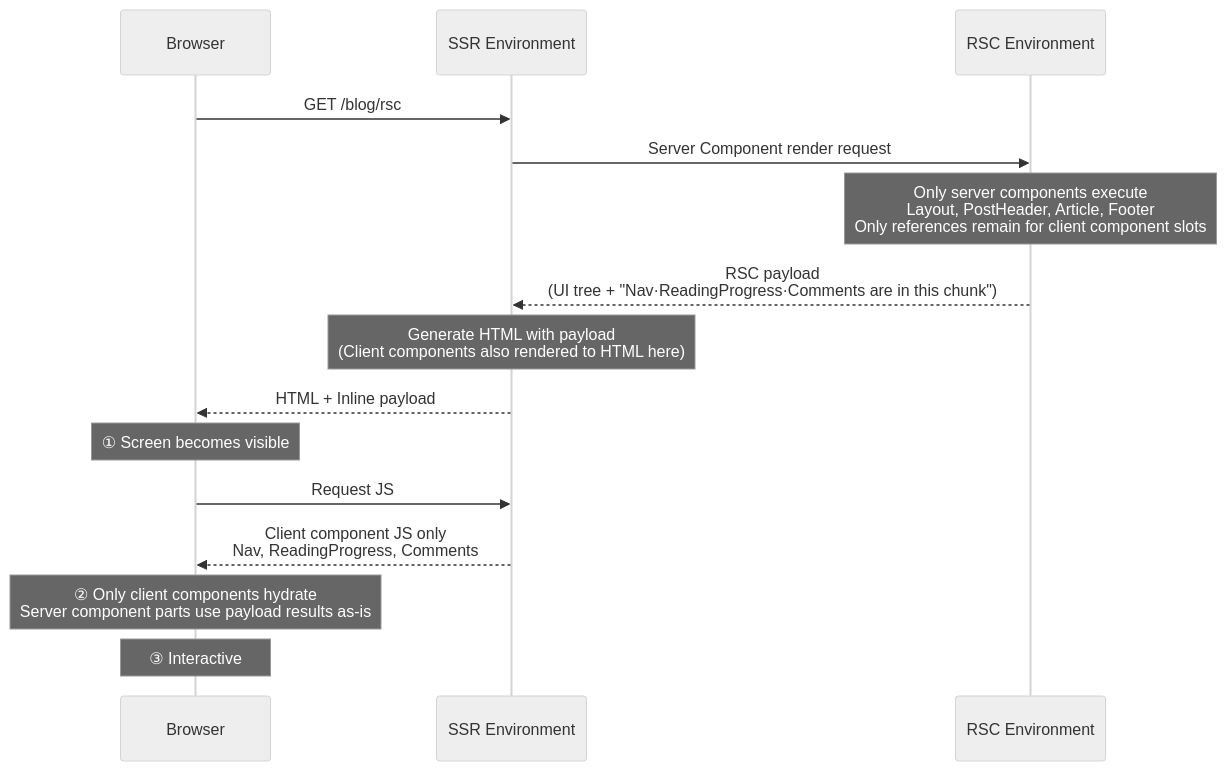
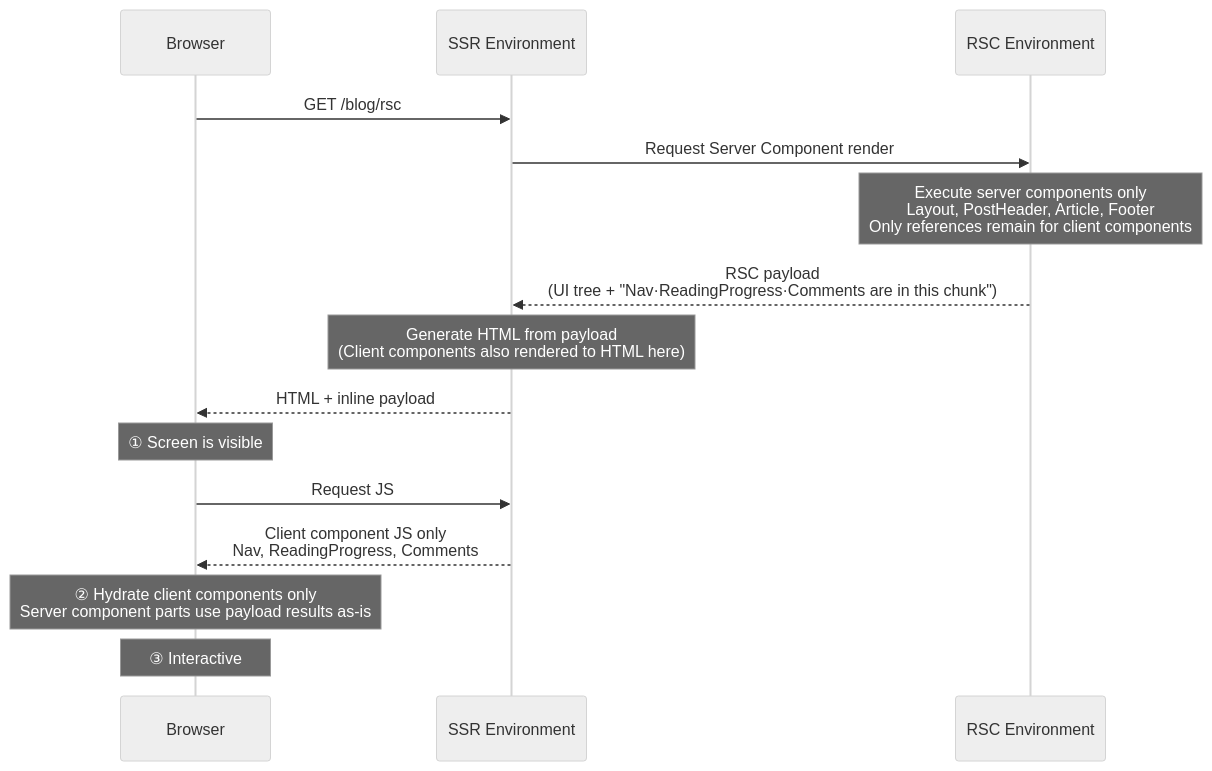
One commit to realstone2/jindol-blog changed the second of 3 diagrams in content/posts/en/3dbf43437bda803cb611d315ae79cdb3.mdx. Above: the diagram before and after it, drawn with Mermaid (neutral theme). The commit also changed other lines of this file and 2 other files, not shown here.

First line of the commit message:
docs(post): "서버 컴포넌트" 2차 humanize 윤문 노션 재동기화

````diff
--- a/content/posts/en/3dbf43437bda803cb611d315ae79cdb3.mdx
+++ b/content/posts/en/3dbf43437bda803cb611d315ae79cdb3.mdx
@@ -121,18 +148,18 @@
 ```mermaid
 sequenceDiagram
   participant B as Browser
   participant SSR as SSR Environment
   participant RSC as RSC Environment
 
   B->>SSR: GET /blog/rsc
-  SSR->>RSC: Server Component render request
-  Note over RSC: Only server components execute<br/>Layout, PostHeader, Article, Footer<br/>Only references remain for client component slots
+  SSR->>RSC: Request Server Component render
+  Note over RSC: Execute server components only<br/>Layout, PostHeader, Article, Footer<br/>Only references remain for client components
   RSC-->>SSR: RSC payload<br/>(UI tree + "Nav·ReadingProgress·Comments are in this chunk")
-  Note over SSR: Generate HTML with payload<br/>(Client components also rendered to HTML here)
-  SSR-->>B: HTML + Inline payload
-  Note over B: ① Screen becomes visible
+  Note over SSR: Generate HTML from payload<br/>(Client components also rendered to HTML here)
+  SSR-->>B: HTML + inline payload
+  Note over B: ① Screen is visible
   B->>SSR: Request JS
   SSR-->>B: Client component JS only<br/>Nav, ReadingProgress, Comments
-  Note over B: ② Only client components hydrate<br/>Server component parts use payload results as-is
+  Note over B: ② Hydrate client components only<br/>Server component parts use payload results as-is
   Note over B: ③ Interactive
 ```
````
